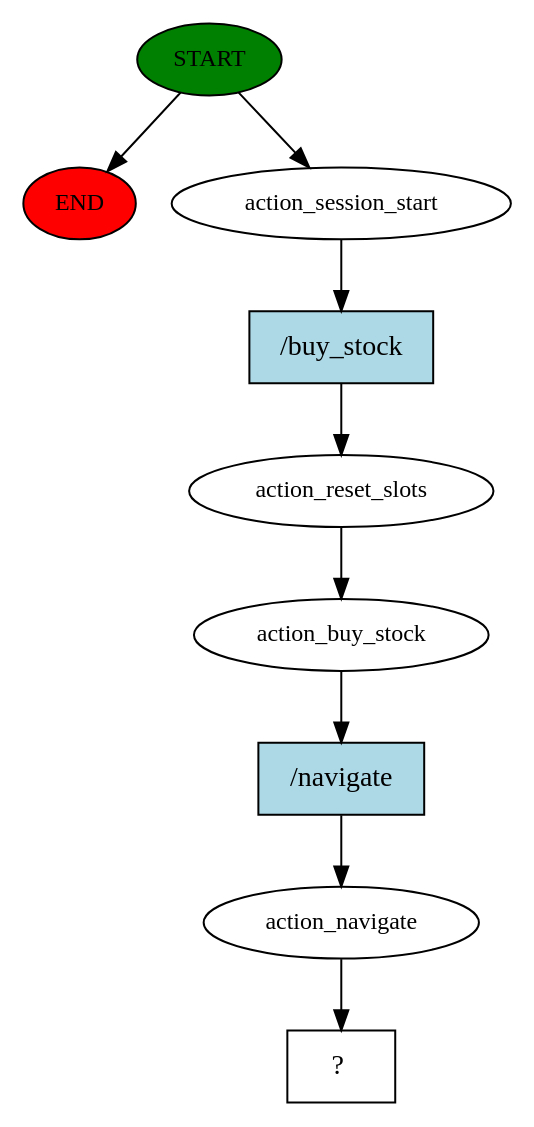
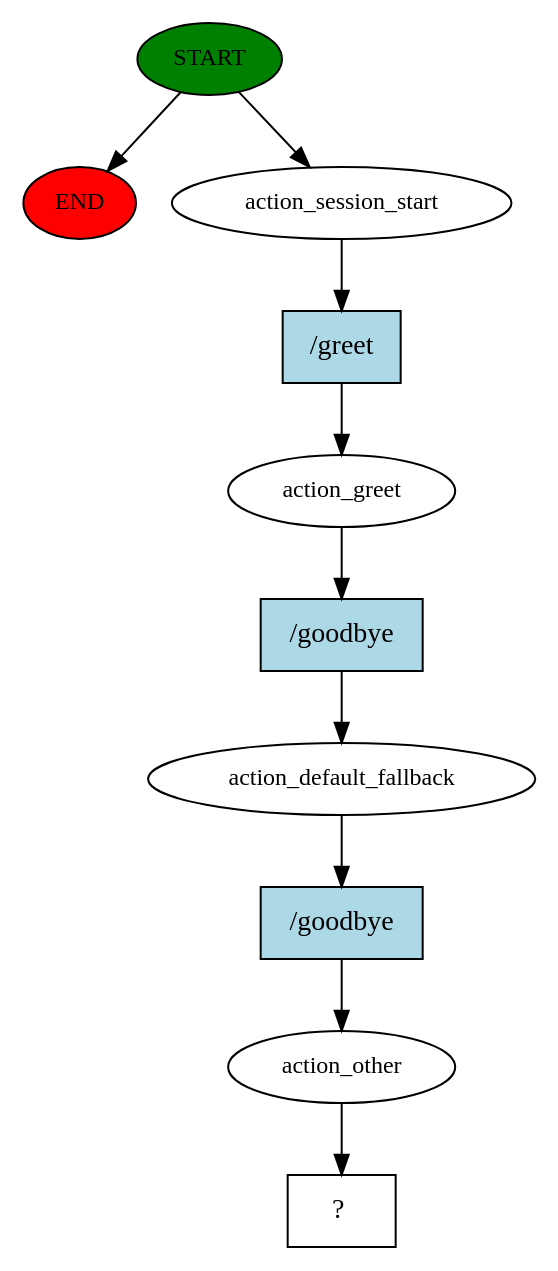
One commit to medAzizBennour/rasa changed the diagram in story_graph.dot. Above: the diagram before and after it, drawn with Graphviz. The commit also changed 1036 other files, not shown here.

```diff
--- a/story_graph.dot
+++ b/story_graph.dot
@@ -1,19 +1,21 @@
 digraph  {
 0 [class="start active", fillcolor=green, fontsize=12, label=START, style=filled];
 "-1" [class=end, fillcolor=red, fontsize=12, label=END, style=filled];
 1 [class=active, fontsize=12, label=action_session_start];
-2 [class=active, fontsize=12, label=action_reset_slots];
-3 [class=active, fontsize=12, label=action_buy_stock];
-4 [class=active, fontsize=12, label=action_navigate];
+2 [class=active, fontsize=12, label=action_greet];
+3 [class=active, fontsize=12, label=action_default_fallback];
+4 [class=active, fontsize=12, label=action_other];
 5 [class="intent dashed active", label="  ?  ", shape=rect];
-6 [class="intent active", fillcolor=lightblue, label="/buy_stock", shape=rect, style=filled];
-7 [class="intent active", fillcolor=lightblue, label="/navigate", shape=rect, style=filled];
+6 [class="intent active", fillcolor=lightblue, label="/greet", shape=rect, style=filled];
+7 [class="intent active", fillcolor=lightblue, label="/goodbye", shape=rect, style=filled];
+8 [class="intent active", fillcolor=lightblue, label="/goodbye", shape=rect, style=filled];
 0 -> "-1"  [class="", key=NONE, label=""];
 0 -> 1  [class=active, key=NONE, label=""];
 1 -> 6  [class=active, key=0];
-2 -> 3  [class=active, key=NONE, label=""];
-3 -> 7  [class=active, key=0];
+2 -> 7  [class=active, key=0];
+3 -> 8  [class=active, key=0];
 4 -> 5  [class=active, key=NONE, label=""];
 6 -> 2  [class=active, key=0];
-7 -> 4  [class=active, key=0];
+7 -> 3  [class=active, key=0];
+8 -> 4  [class=active, key=0];
 }
```
